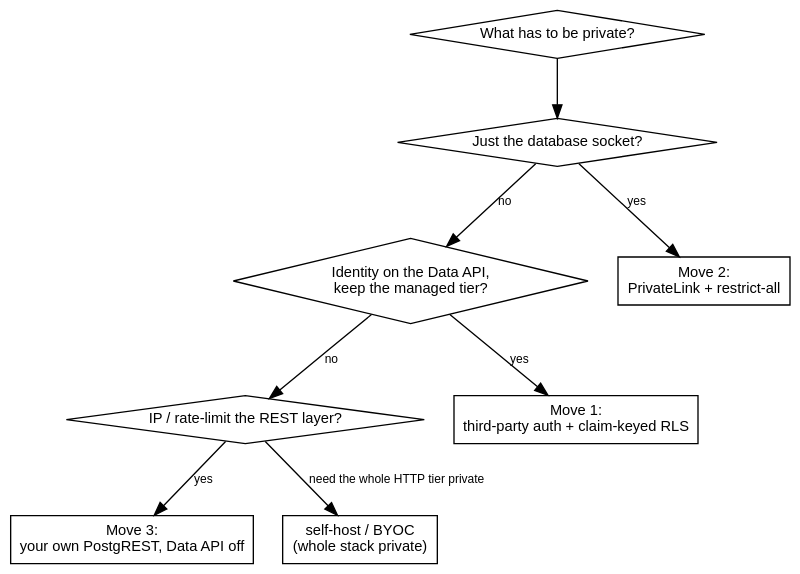
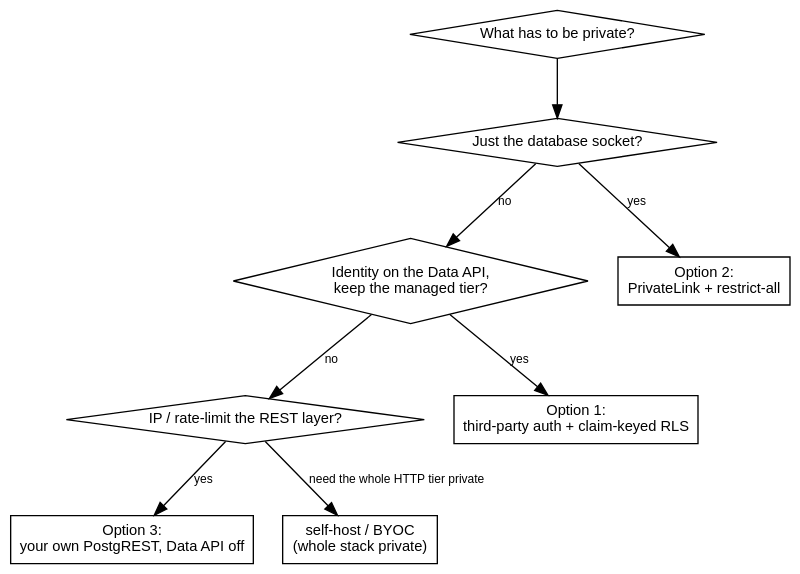
Before and after one commit to erfianugrah/lexicanum: the third of 3 diagrams in src/content/docs/reference/supabase-data-surface-lockdown.mdx, drawn with Graphviz. The commit also changed other lines of this file and 8 other files, not shown here.

First line of the commit message:
docs: text fallbacks for two diagrams, option rename, stale titles and claims

````diff
--- a/src/content/docs/reference/supabase-data-surface-lockdown.mdx
+++ b/src/content/docs/reference/supabase-data-surface-lockdown.mdx
@@ -323,26 +323,26 @@
 ```dot
 digraph {
   rankdir=TB; bgcolor="transparent"; nodesep=0.3; ranksep=0.6;
   fontname="Helvetica,Arial,sans-serif";
   node [fontname="Helvetica,Arial,sans-serif", fontsize=11, shape=box];
   edge [fontname="Helvetica,Arial,sans-serif", fontsize=9];
 
   q0 [label="What has to be private?", shape=diamond];
   q1 [label="Just the database socket?", shape=diamond];
   q2 [label="Identity on the Data API,\nkeep the managed tier?", shape=diamond];
   q3 [label="IP / rate-limit the REST layer?", shape=diamond];
 
-  pl [label="Move 2:\nPrivateLink + restrict-all"];
-  iss [label="Move 1:\nthird-party auth + claim-keyed RLS"];
-  own [label="Move 3:\nyour own PostgREST, Data API off"];
+  pl [label="Option 2:\nPrivateLink + restrict-all"];
+  iss [label="Option 1:\nthird-party auth + claim-keyed RLS"];
+  own [label="Option 3:\nyour own PostgREST, Data API off"];
   self [label="self-host / BYOC\n(whole stack private)"];
 
   q0 -> q1;
   q1 -> pl [label="yes"];
   q1 -> q2 [label="no"];
   q2 -> iss [label="yes"];
   q2 -> q3 [label="no"];
   q3 -> own [label="yes"];
   q3 -> self [label="need the whole HTTP tier private"];
 }
 ```
````
